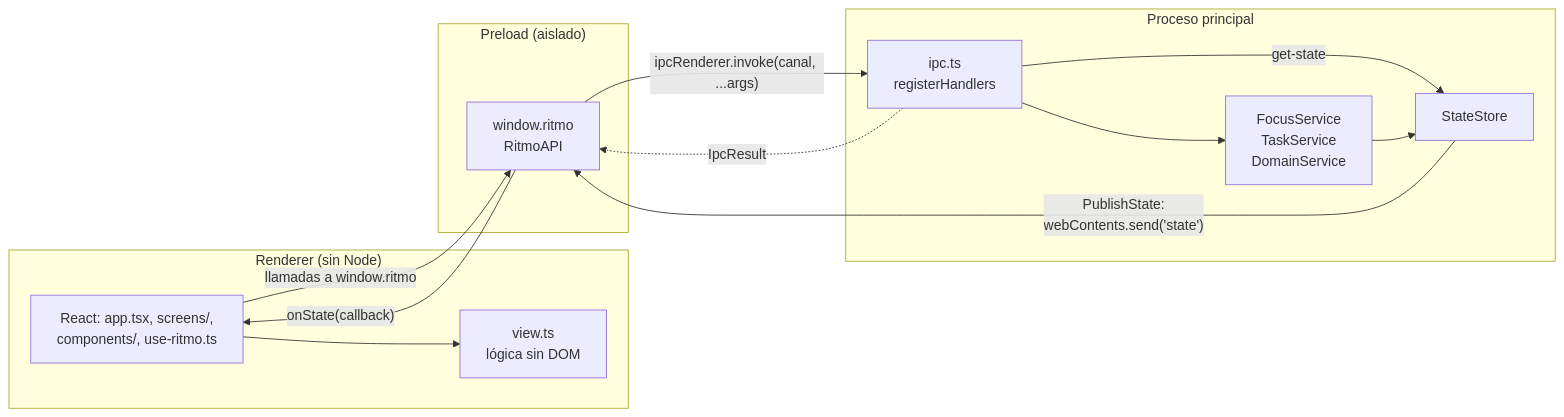
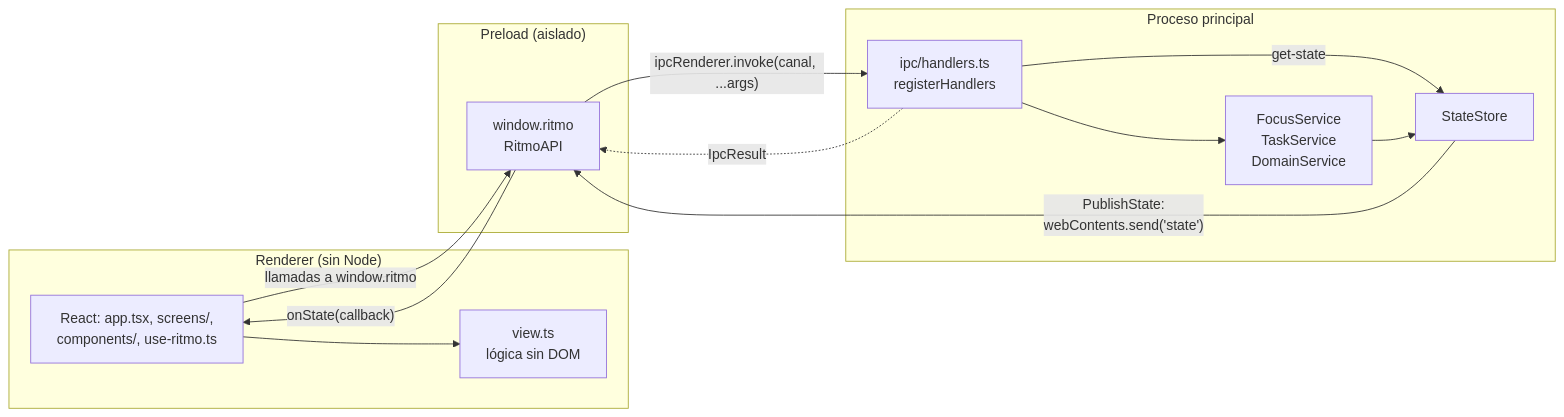
Before and after one commit to DevJuan95/ritmo: the first of 5 diagrams in docs/arquitectura.md, drawn with Mermaid. The commit also changed other lines of this file and 68 other files, not shown here.

````diff
--- a/docs/arquitectura.md
+++ b/docs/arquitectura.md
@@ -11,27 +11,27 @@
 ```mermaid
 flowchart LR
   subgraph renderer["Renderer (sin Node)"]
     ui["React: app.tsx, screens/,<br/>components/, use-ritmo.ts"]
     view["view.ts<br/>lógica sin DOM"]
     ui --> view
   end
 
   subgraph preload["Preload (aislado)"]
     api["window.ritmo<br/>RitmoAPI"]
   end
 
   subgraph main["Proceso principal"]
-    ipc["ipc.ts<br/>registerHandlers"]
+    ipc["ipc/handlers.ts<br/>registerHandlers"]
     services["FocusService<br/>TaskService<br/>DomainService"]
     store["StateStore"]
     ipc --> services
     ipc -- "get-state" --> store
     services --> store
   end
 
   ui -- "llamadas a window.ritmo" --> api
   api -- "ipcRenderer.invoke(canal, ...args)" --> ipc
   ipc -. "IpcResult" .-> api
   store -- "PublishState:<br/>webContents.send('state')" --> api
   api -- "onState(callback)" --> ui
 ```
````
